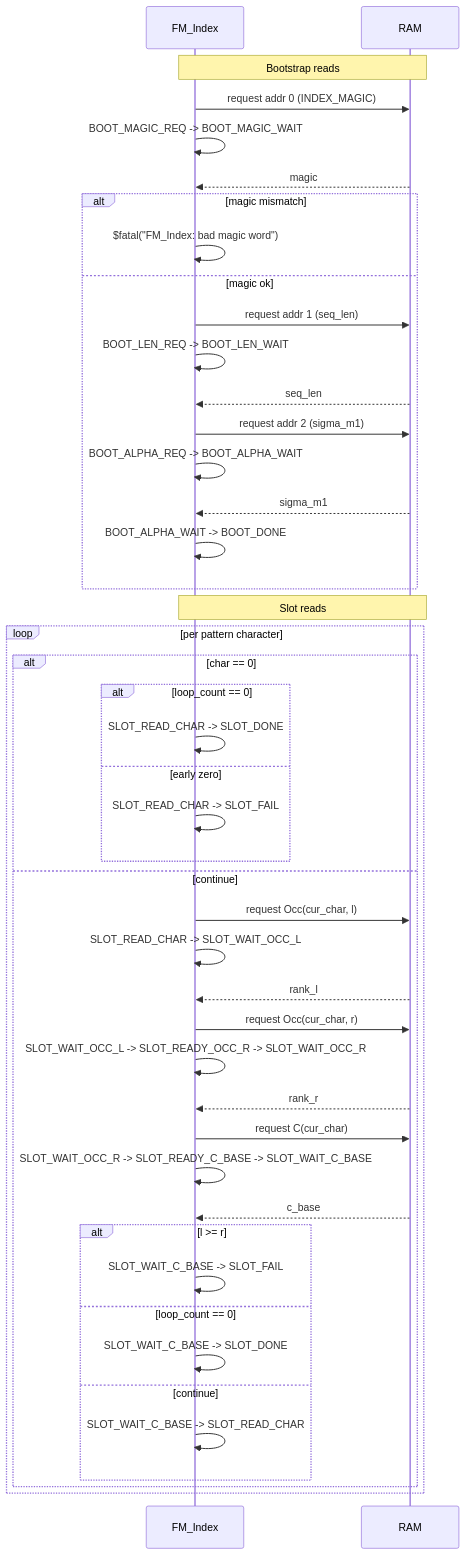
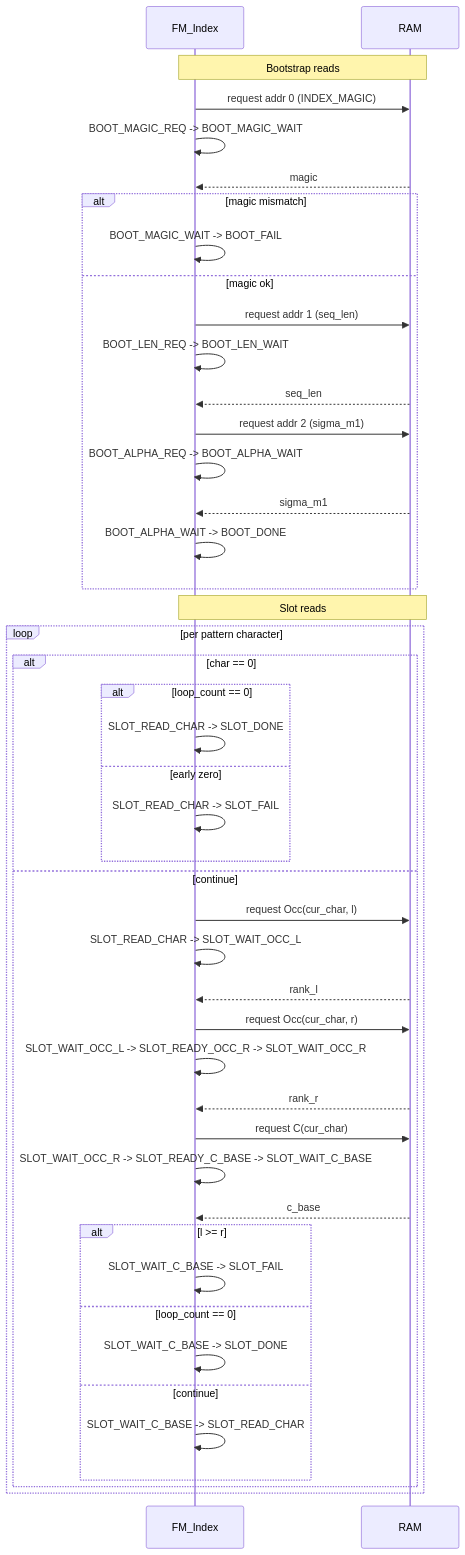
One commit to UAlberta-ECE-492-W2026/sands changed the second of 2 diagrams in docs/FM_Index.md. Above: the diagram before and after it, drawn with Mermaid. The commit also changed other lines of this file and 2 other files, not shown here.

Commit message:
Add BOOT_FAIL state when bad magic is detected

````diff
--- a/docs/FM_Index.md
+++ b/docs/FM_Index.md
@@ -106,49 +108,49 @@
 ```mermaid
 sequenceDiagram
     participant FSM as FM_Index
     participant RAM as RAM
 
     Note over FSM,RAM: Bootstrap reads
     FSM->>RAM: request addr 0 (INDEX_MAGIC)
     FSM->>FSM: BOOT_MAGIC_REQ -> BOOT_MAGIC_WAIT
     RAM-->>FSM: magic
     alt magic mismatch
-        FSM->>FSM: $fatal("FM_Index: bad magic word")
+        FSM->>FSM: BOOT_MAGIC_WAIT -> BOOT_FAIL
     else magic ok
         FSM->>RAM: request addr 1 (seq_len)
         FSM->>FSM: BOOT_LEN_REQ -> BOOT_LEN_WAIT
         RAM-->>FSM: seq_len
         FSM->>RAM: request addr 2 (sigma_m1)
         FSM->>FSM: BOOT_ALPHA_REQ -> BOOT_ALPHA_WAIT
         RAM-->>FSM: sigma_m1
         FSM->>FSM: BOOT_ALPHA_WAIT -> BOOT_DONE
     end
 
     Note over FSM,RAM: Slot reads
     loop per pattern character
         alt char == 0
             alt loop_count == 0
                 FSM->>FSM: SLOT_READ_CHAR -> SLOT_DONE
             else early zero
                 FSM->>FSM: SLOT_READ_CHAR -> SLOT_FAIL
             end
         else continue
             FSM->>RAM: request Occ(cur_char, l)
             FSM->>FSM: SLOT_READ_CHAR -> SLOT_WAIT_OCC_L
             RAM-->>FSM: rank_l
             FSM->>RAM: request Occ(cur_char, r)
             FSM->>FSM: SLOT_WAIT_OCC_L -> SLOT_READY_OCC_R -> SLOT_WAIT_OCC_R
             RAM-->>FSM: rank_r
             FSM->>RAM: request C(cur_char)
             FSM->>FSM: SLOT_WAIT_OCC_R -> SLOT_READY_C_BASE -> SLOT_WAIT_C_BASE
             RAM-->>FSM: c_base
             alt l >= r
                 FSM->>FSM: SLOT_WAIT_C_BASE -> SLOT_FAIL
             else loop_count == 0
                 FSM->>FSM: SLOT_WAIT_C_BASE -> SLOT_DONE
             else continue
                 FSM->>FSM: SLOT_WAIT_C_BASE -> SLOT_READ_CHAR
             end
         end
     end
 ```
````
